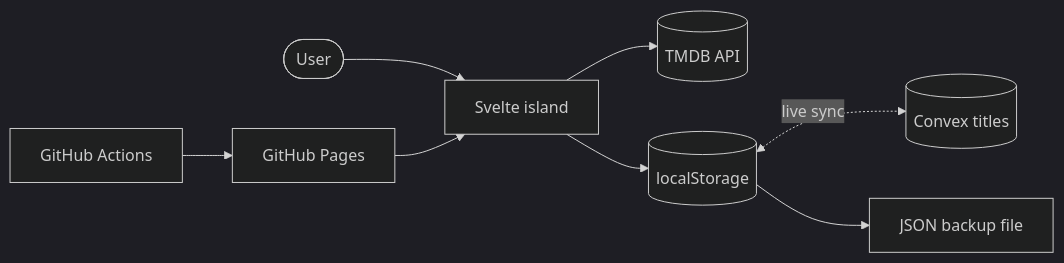
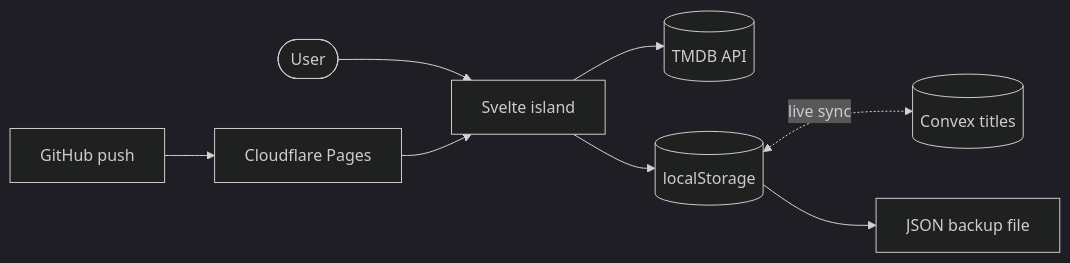
Before and after one commit to jcm-developer/cortes-tv: the diagram in README.md, drawn with Mermaid (dark theme). The commit also changed other lines of this file and 8 other files, not shown here.

Commit message:
chore: deploy to cloudflare pages instead of github pages

````diff
--- a/README.md
+++ b/README.md
@@ -80,10 +80,10 @@
 ```mermaid
 flowchart LR
   user([User]) --> app[Svelte island]
   app --> tmdb[(TMDB API)]
   app --> ls[(localStorage)]
   ls <-. live sync .-> cx[(Convex titles)]
   ls --> backup[JSON backup file]
-  gha[GitHub Actions] --> pages[GitHub Pages]
+  gh[GitHub push] --> pages[Cloudflare Pages]
   pages --> app
 ```
````
